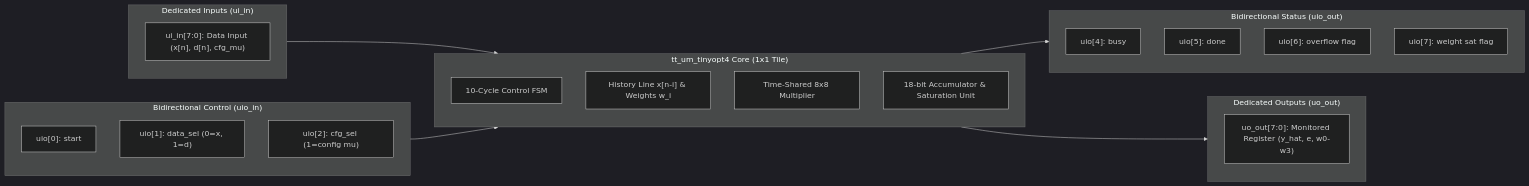
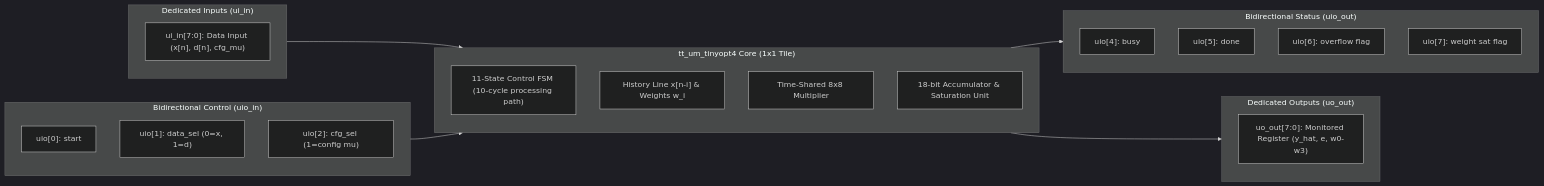
The first of 2 diagrams in README.md (tiberthyn/ieee_tt-tinyopt4), drawn with Mermaid (dark theme) before and after one commit. The commit also changed other lines of this file and 3 other files, not shown here.

````diff
--- a/README.md
+++ b/README.md
@@ -32,36 +32,36 @@
 ```mermaid
 flowchart LR
     subgraph Inputs ["Dedicated Inputs (ui_in)"]
         UI["ui_in[7:0]: Data Input (x[n], d[n], cfg_mu)"]
     end
 
     subgraph Control ["Bidirectional Control (uio_in)"]
         START["uio[0]: start"]
         DSEL["uio[1]: data_sel (0=x, 1=d)"]
         CSEL["uio[2]: cfg_sel (1=config mu)"]
     end
 
     subgraph Core ["tt_um_tinyopt4 Core (1x1 Tile)"]
-        FSM["10-Cycle Control FSM"]
+        FSM["11-State Control FSM (10-cycle processing path)"]
         REG["History Line x[n-i] & Weights w_i"]
         MULT["Time-Shared 8x8 Multiplier"]
         ACC["18-bit Accumulator & Saturation Unit"]
     end
 
     subgraph Status ["Bidirectional Status (uio_out)"]
         BUSY["uio[4]: busy"]
         DONE["uio[5]: done"]
         OVF["uio[6]: overflow flag"]
         WSAT["uio[7]: weight sat flag"]
     end
 
     subgraph Outputs ["Dedicated Outputs (uo_out)"]
         UO["uo_out[7:0]: Monitored Register (y_hat, e, w0-w3)"]
     end
 
     Inputs --> Core
     Control --> Core
     Core --> Status
     Core --> Outputs
 
 ```
````
